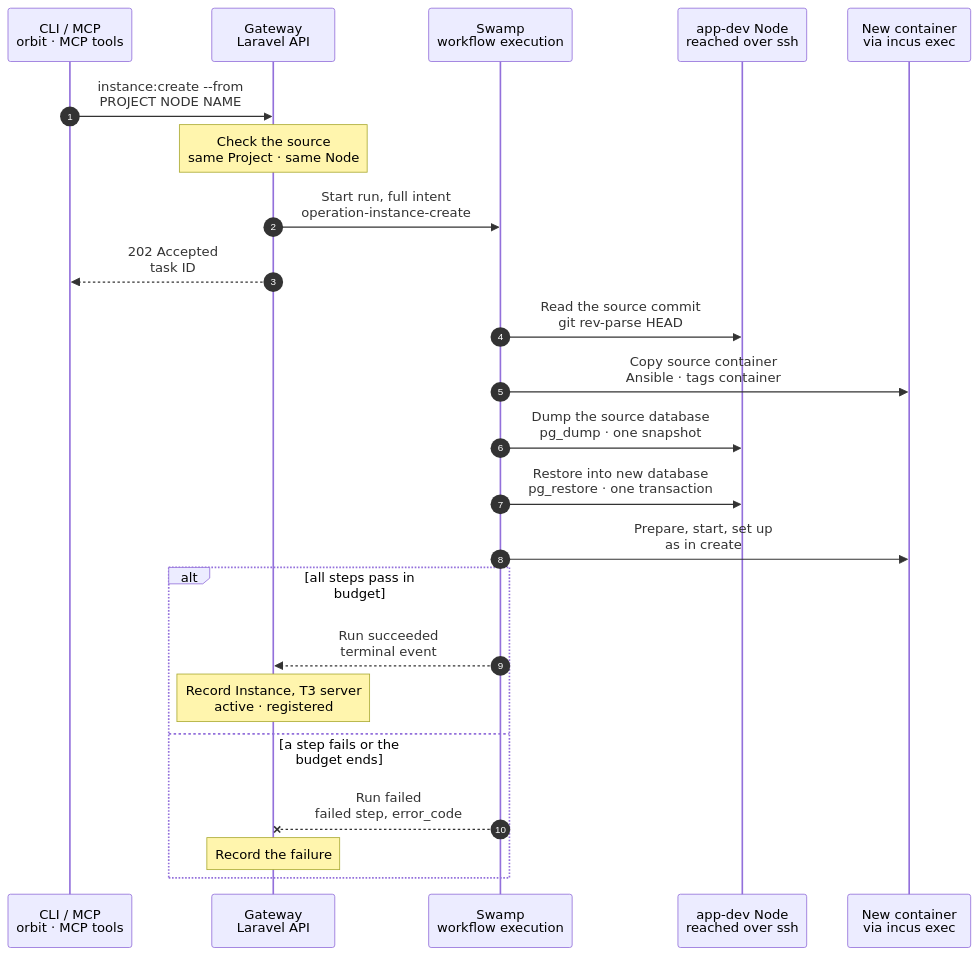
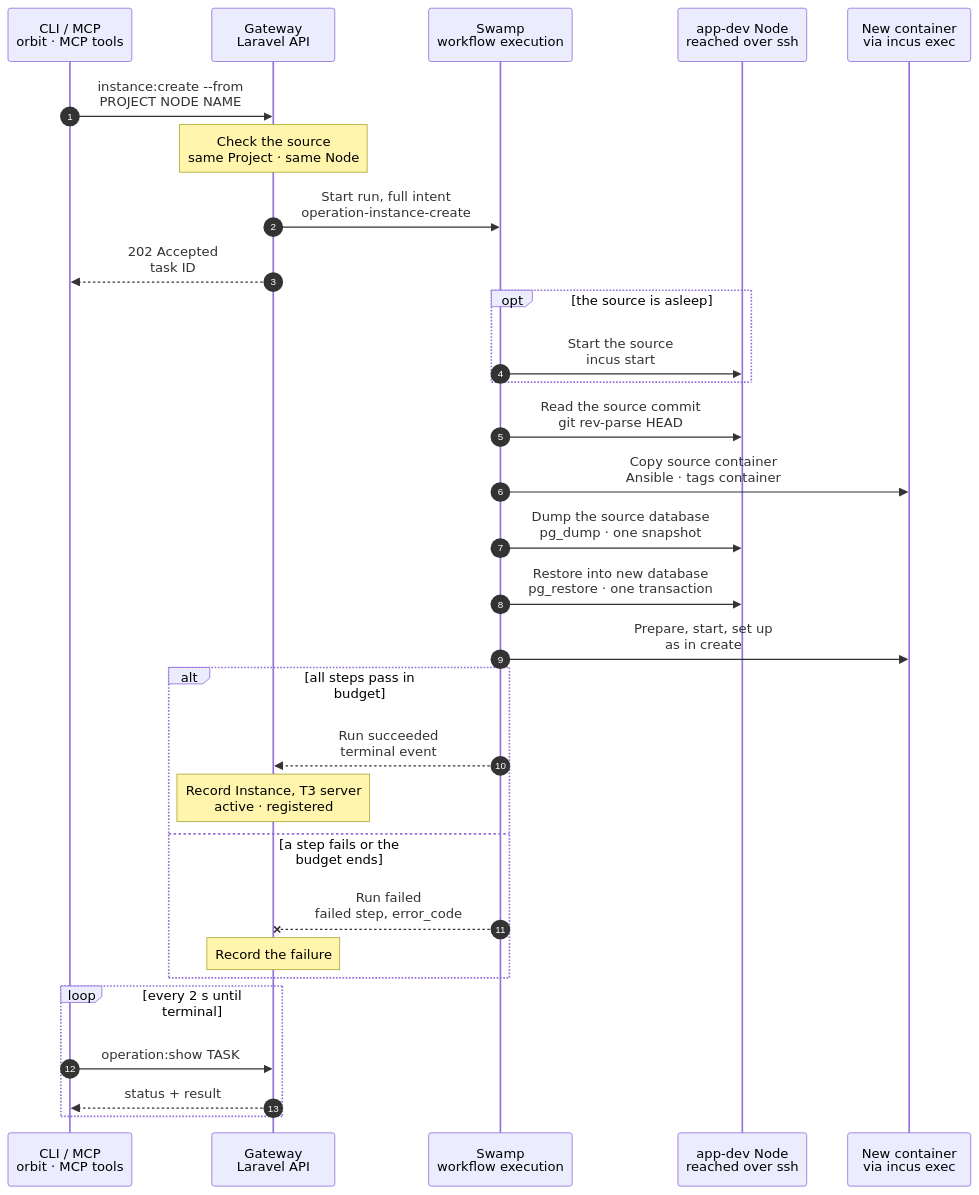
Before and after one commit to hardimpactdev/orbit: the diagram in docs/cli/instance/container/copy.mmd, drawn with Mermaid. The commit also changed 12 other files, not shown here.

```diff
--- a/docs/cli/instance/container/copy.mmd
+++ b/docs/cli/instance/container/copy.mmd
@@ -1,63 +1,72 @@
 sequenceDiagram
   %% Target design, container runtime (ADR 0250 step 6, docs/reference/development-containers.md#copy-a-feature): the `--from` path of `instance:create` on a container Node. Only the steps that `--from` adds or changes are drawn; the rest is container/create.mmd. Files come from the source container, the branch from the source Instance's HEAD, the data from a dump of its database. The source keeps running and is never paused.
   %% status: draft
   %% command: instance:create --from
   %% kind: instance.create
   autonumber
   %% lane CLI icon=terminal pill=caller tone=gray
   %% lane GW icon=gateway pill=intent tone=blue
   %% lane SW icon=workflow pill=executes tone=green
   %% lane N icon=server pill=target tone=amber
   %% lane C icon=server pill=target tone=purple
   participant CLI as CLI / MCP<br/>orbit · MCP tools
   participant GW as Gateway<br/>Laravel API
   participant SW as Swamp<br/>workflow execution
   participant N as app-dev Node<br/>reached over ssh
   participant C as New container<br/>via incus exec
   CLI->>GW: instance:create --from<br/>PROJECT NODE NAME
   %%> Command:
   %%> - `orbit instance:create PROJECT NODE NAME --from=INSTANCE`
   %%> - syntax: `<project> <node> <name> --from=<instance> [--branch=BRANCH] [--root=PATH] [--domain=HOST]`
   Note over GW: Check the source<br/>same Project · same Node
   %%> Requirements:
   %%> - the source is an active container Instance of the same Project on the same Node, else `instance.source_not_container`
   %%> - its database is on the Node's database server; the new database goes to the same server
   %%> Result:
   %%> - the Instance is reserved as in create; the intent names the source's container and database
   GW->>SW: Start run, full intent<br/>operation-instance-create
   GW-->>CLI: 202 Accepted<br/>task ID
+  opt the source is asleep
+    SW->>N: Start the source<br/>incus start
+    %%> What it does:
+    %%> - the same start as a wake; the Gateway records the source awake with the result, and the hibernation sweep stops it again when it stays idle
+  end
   SW->>N: Read the source commit<br/>git rev-parse HEAD
   %%> What it does:
   %%> - `incus exec` into the source container: reads the commit that `HEAD` points to, as `agent`; local commits count, uncommitted files do not
   %%> - bundles the history from that commit for the new container
   %%> Why no pause:
   %%> - the files of the copy come from the source container, which never changes, so nothing in the source needs to stop
   SW->>C: Copy source container<br/>Ansible · tags container
   %%> What it does:
-  %%> - the same step as in create, from `<project>-source`
-  %%> - pushes the bundle in and creates the branch at the source commit; `--branch` names it, else the Instance name
+  %%> - the same step as in create, from the current source container
+  %%> - keeps the bundle on the Node; the workspace step pushes it in after the start and creates the branch at the source commit; `--branch` names it, else the Instance name
   SW->>N: Dump the source database<br/>pg_dump · one snapshot
   %%> What it does:
   %%> - one `pg_dump` in custom format; PostgreSQL reads one consistent snapshot while the source keeps writing
   %%> - the dump stays on the Node, readable by root only, and is removed at the end of the run
   %%> Runs beside the step before it: Swamp starts both at once.
   SW->>N: Restore into new database<br/>pg_restore · one transaction
   %%> What it does:
   %%> - Orbit creates the owner and database first; the restore uses `--no-owner --no-privileges --single-transaction --exit-on-error` into the empty database
   %%> - roles and grants come from Orbit, never from the dump
   %%> Side effects:
   %%> - copied jobs and mail settings come with the data; the Project's setup steps run before any Process starts, so a Project clears what it must not repeat there (open question 6 in the plan)
   SW->>C: Prepare, start, set up<br/>as in create
   %%> What it does:
   %%> - the workspace, the first start of T3, the setup steps as `orbit`, the Processes, the Route and the Gateway session, as in container/create.mmd
   alt all steps pass in budget
     SW-->>GW: Run succeeded<br/>terminal event
     Note over GW: Record Instance, T3 server<br/>active · registered
     %%> Result:
     %%> - the Instance records its source Instance and source commit
   else a step fails or the budget ends
     SW--xGW: Run failed<br/>failed step, error_code
     %%> What stays:
     %%> - the stopped container and its database; the source was never touched
     Note over GW: Record the failure
   end
+  loop every 2 s until terminal
+    CLI->>GW: operation:show TASK
+    GW-->>CLI: status + result
+  end
```
